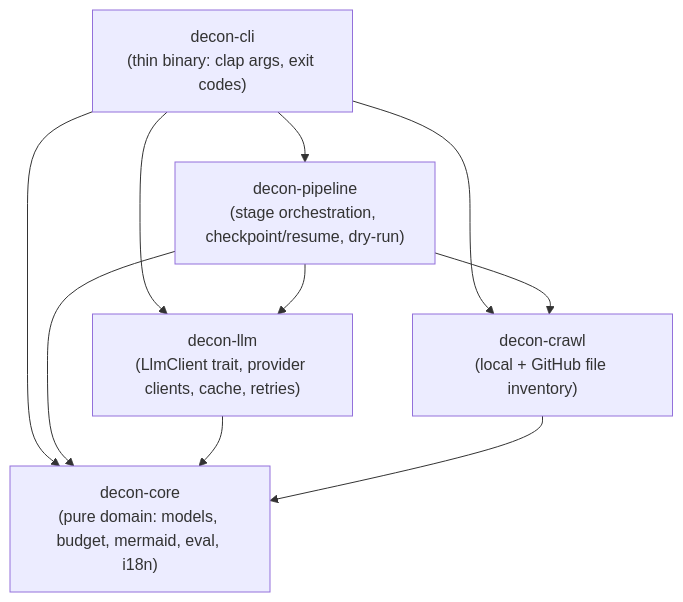
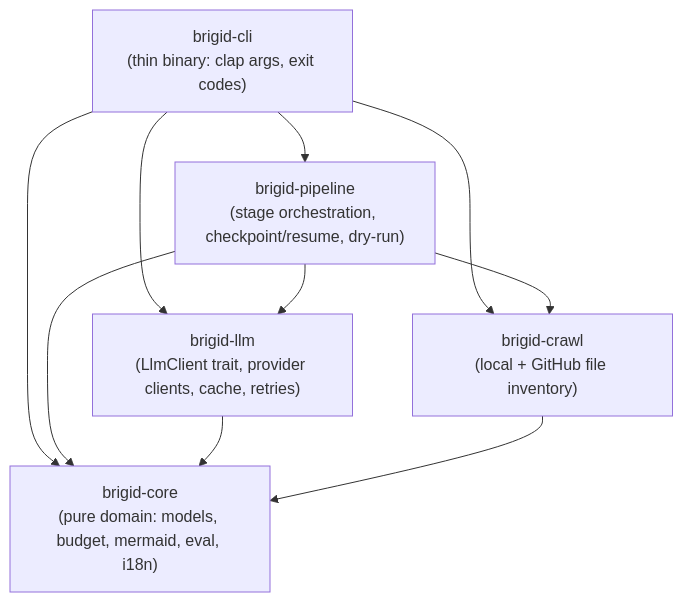
Before and after one commit to igmarin/brigid: the first of 3 diagrams in ARCHITECTURE.md, drawn with Mermaid. The commit also changed other lines of this file and 190 other files, not shown here.

First line of the commit message:
rename: decon → brigid (project-wide rename) (#257)

````diff
--- a/ARCHITECTURE.md
+++ b/ARCHITECTURE.md
@@ -18,18 +18,18 @@
 ```mermaid
 graph TD
-    CLI["decon-cli<br/>(thin binary: clap args, exit codes)"]
-    Pipeline["decon-pipeline<br/>(stage orchestration, checkpoint/resume, dry-run)"]
-    LLM["decon-llm<br/>(LlmClient trait, provider clients, cache, retries)"]
-    Crawl["decon-crawl<br/>(local + GitHub file inventory)"]
-    Core["decon-core<br/>(pure domain: models, budget, mermaid, eval, i18n)"]
+    CLI["brigid-cli<br/>(thin binary: clap args, exit codes)"]
+    Pipeline["brigid-pipeline<br/>(stage orchestration, checkpoint/resume, dry-run)"]
+    LLM["brigid-llm<br/>(LlmClient trait, provider clients, cache, retries)"]
+    Crawl["brigid-crawl<br/>(local + GitHub file inventory)"]
+    Core["brigid-core<br/>(pure domain: models, budget, mermaid, eval, i18n)"]
 
     CLI --> Pipeline
     CLI --> LLM
     CLI --> Crawl
     CLI --> Core
     Pipeline --> LLM
     Pipeline --> Crawl
     Pipeline --> Core
     LLM --> Core
     Crawl --> Core
 ```
````
